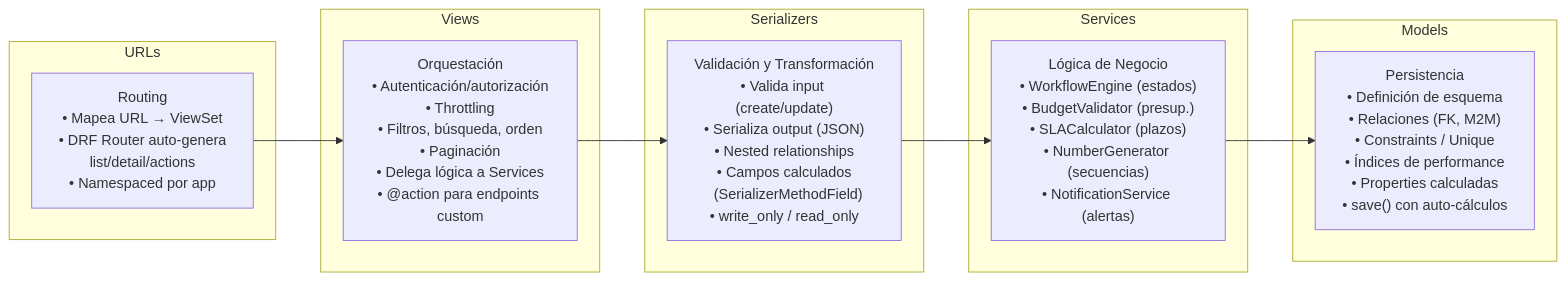
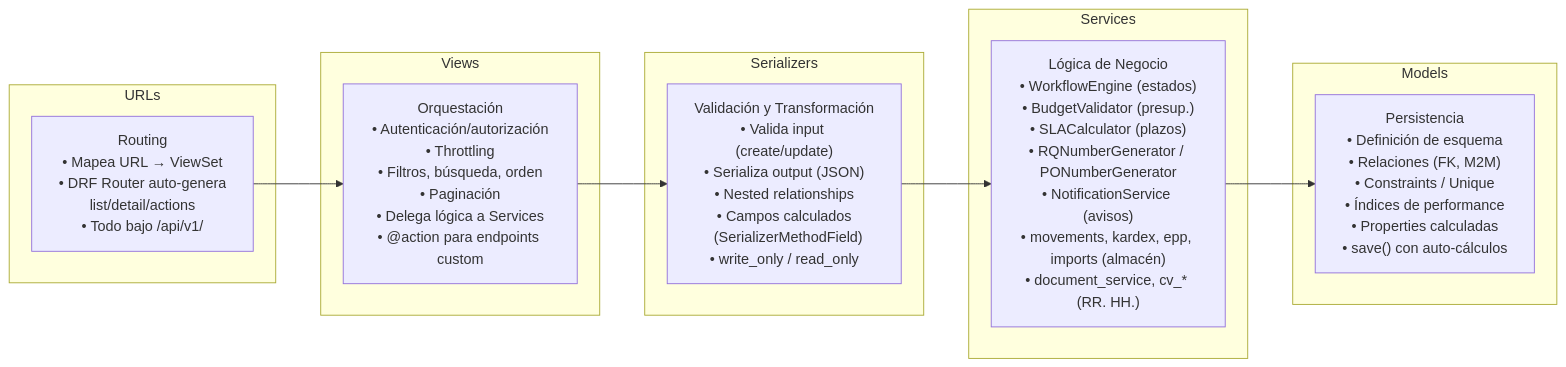
One commit to pccpegit/SYSPCCLOG changed the second of 19 diagrams in docs/03_Arquitectura_Bajo_Nivel.md. Above: the diagram before and after it, drawn with Mermaid. The commit also changed other lines of this file and 42 other files, not shown here.

````diff
--- a/docs/03_Arquitectura_Bajo_Nivel.md
+++ b/docs/03_Arquitectura_Bajo_Nivel.md
@@ -94,24 +97,24 @@
 ```mermaid
 graph LR
     subgraph "URLs"
-        U["Routing<br/>• Mapea URL → ViewSet<br/>• DRF Router auto-genera<br/>  list/detail/actions<br/>• Namespaced por app"]
+        U["Routing<br/>• Mapea URL → ViewSet<br/>• DRF Router auto-genera<br/>  list/detail/actions<br/>• Todo bajo /api/v1/"]
     end
 
     subgraph "Views"
         V["Orquestación<br/>• Autenticación/autorización<br/>• Throttling<br/>• Filtros, búsqueda, orden<br/>• Paginación<br/>• Delega lógica a Services<br/>• @action para endpoints custom"]
     end
 
     subgraph "Serializers"
         S["Validación y Transformación<br/>• Valida input (create/update)<br/>• Serializa output (JSON)<br/>• Nested relationships<br/>• Campos calculados<br/>  (SerializerMethodField)<br/>• write_only / read_only"]
     end
 
     subgraph "Services"
-        SV["Lógica de Negocio<br/>• WorkflowEngine (estados)<br/>• BudgetValidator (presup.)<br/>• SLACalculator (plazos)<br/>• NumberGenerator (secuencias)<br/>• NotificationService (alertas)"]
+        SV["Lógica de Negocio<br/>• WorkflowEngine (estados)<br/>• BudgetValidator (presup.)<br/>• SLACalculator (plazos)<br/>• RQNumberGenerator / PONumberGenerator<br/>• NotificationService (avisos)<br/>• movements, kardex, epp, imports (almacén)<br/>• document_service, cv_* (RR. HH.)"]
     end
 
     subgraph "Models"
         M["Persistencia<br/>• Definición de esquema<br/>• Relaciones (FK, M2M)<br/>• Constraints / Unique<br/>• Índices de performance<br/>• Properties calculadas<br/>• save() con auto-cálculos"]
     end
 
     U --> V --> S --> SV --> M
 ```
````
